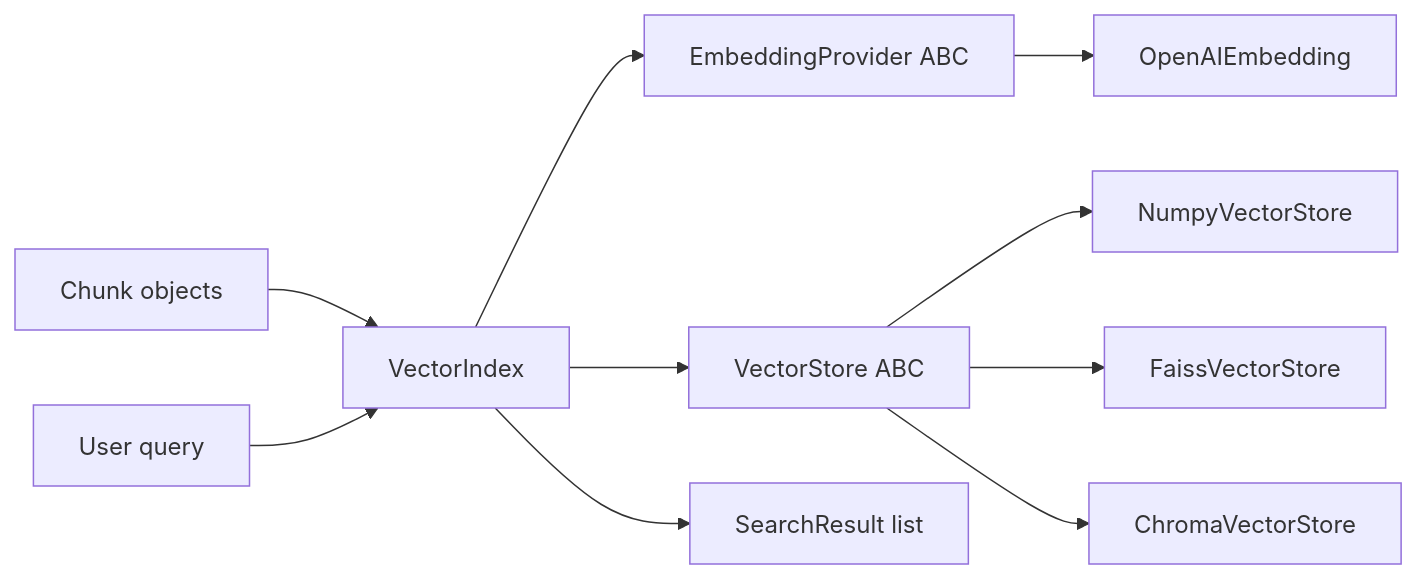
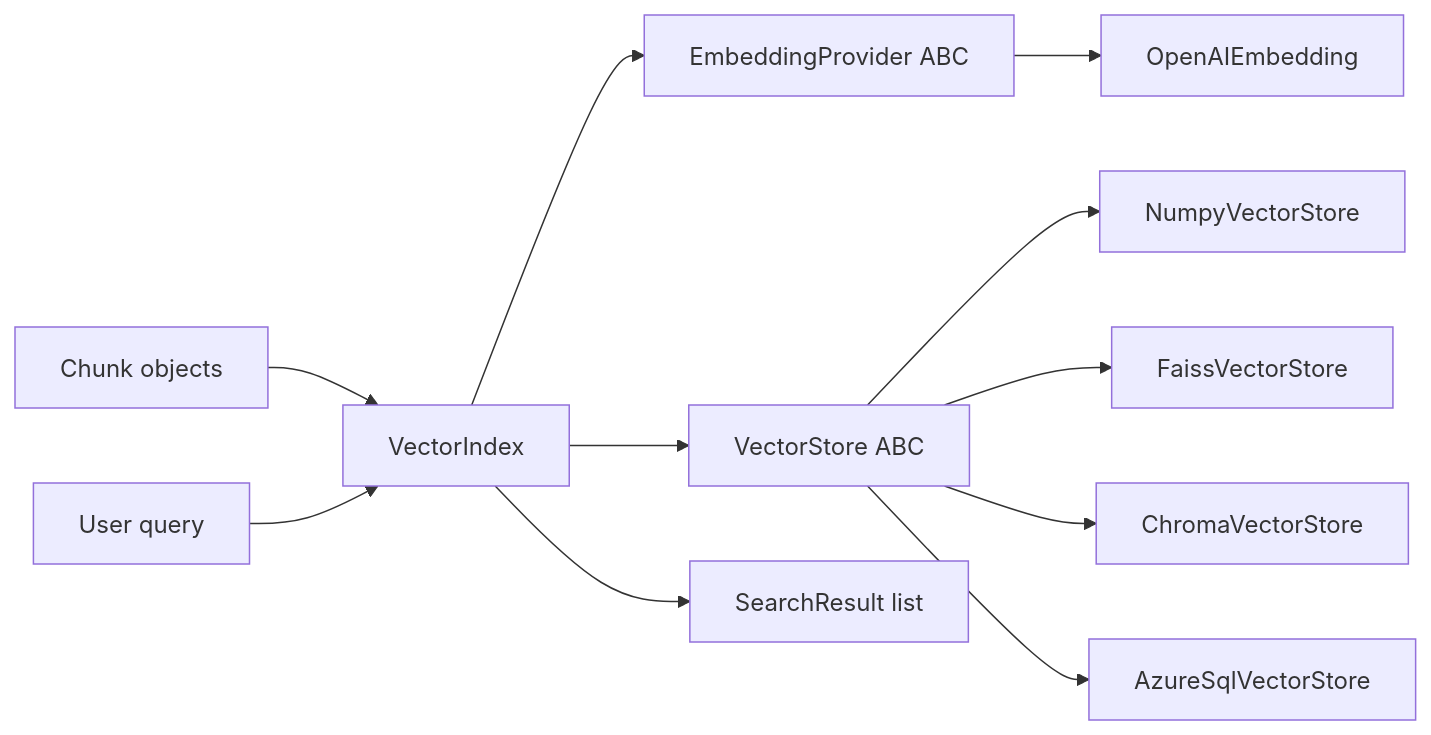
One commit to MeetPatel89/vectorstore-ai changed the diagram in docs/IMPLEMENTATION_PLAN.md. Above: the diagram before and after it, drawn with Mermaid. The commit also changed other lines of this file and 12 other files, not shown here.

Commit message:
add azure sql vector store logic

````diff
--- a/docs/IMPLEMENTATION_PLAN.md
+++ b/docs/IMPLEMENTATION_PLAN.md
@@ -14,12 +14,13 @@
 ```mermaid
 flowchart LR
     Chunks[Chunk objects] --> Index[VectorIndex]
     QueryText[User query] --> Index
     Index --> Embedder[EmbeddingProvider ABC]
     Embedder --> OpenAIEmb[OpenAIEmbedding]
     Index --> Store[VectorStore ABC]
     Store --> NumpyStore[NumpyVectorStore]
     Store --> FaissStore[FaissVectorStore]
     Store --> ChromaStore[ChromaVectorStore]
+    Store --> AzureSqlStore[AzureSqlVectorStore]
     Index --> Results[SearchResult list]
 ```
````
